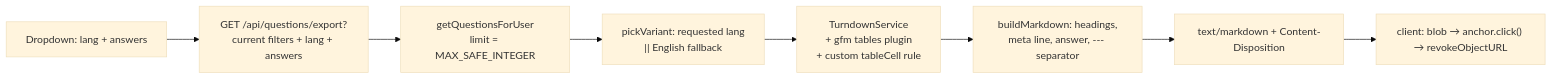
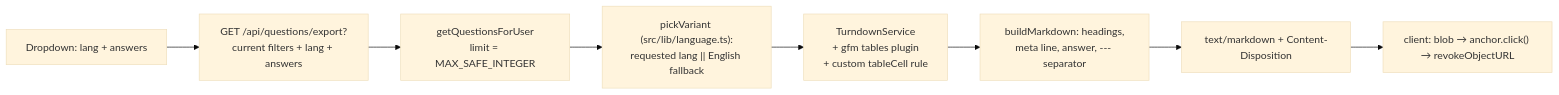
The fifth of 5 diagrams in docs/features/questions-management/design.md (chronoflame78/interview-prep), drawn with Mermaid (base theme) before and after one commit. The commit also changed other lines of this file and 15 other files, not shown here.

````diff
--- a/docs/features/questions-management/design.md
+++ b/docs/features/questions-management/design.md
@@ -315,10 +457,10 @@
 ```mermaid
 flowchart LR
     A["Dropdown: lang + answers"] --> B["GET /api/questions/export?<br/>current filters + lang + answers"]
     B --> C["getQuestionsForUser<br/>limit = MAX_SAFE_INTEGER"]
-    C --> D["pickVariant: requested lang<br/>|| English fallback"]
+    C --> D["pickVariant (src/lib/language.ts):<br/>requested lang || English fallback"]
     D --> E["TurndownService<br/>+ gfm tables plugin<br/>+ custom tableCell rule"]
     E --> F["buildMarkdown: headings,<br/>meta line, answer, --- separator"]
     F --> G["text/markdown + Content-Disposition"]
     G --> H["client: blob → anchor.click() → revokeObjectURL"]
 ```
````
